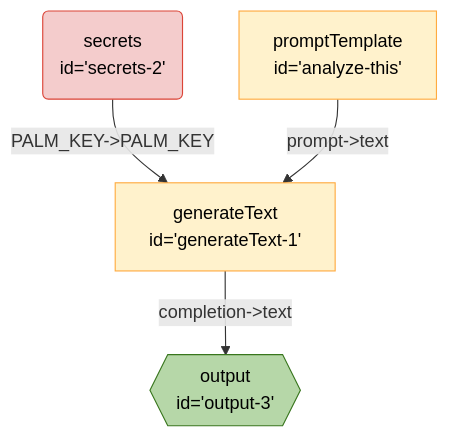
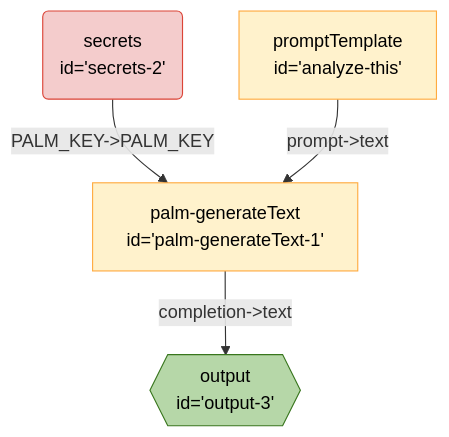
One commit to breadboard-ai/breadboard changed the diagram in seeds/graph-playground/docs/graphs/auto-simple-prompt.md. Above: the diagram before and after it, drawn with Mermaid. The commit also changed 55 other files, not shown here.

````diff
--- a/seeds/graph-playground/docs/graphs/auto-simple-prompt.md
+++ b/seeds/graph-playground/docs/graphs/auto-simple-prompt.md
@@ -5,15 +5,15 @@
   ```mermaid
   %%{init: 'themeVariables': { 'fontFamily': 'Fira Code, monospace' }}%%
 graph TD;
-secrets2("secrets <br> id='secrets-2'"):::secrets -- "PALM_KEY->PALM_KEY" --> generateText1["generateText <br> id='generateText-1'"]
-generateText1["generateText <br> id='generateText-1'"] -- "completion->text" --> output3{{"output <br> id='output-3'"}}:::output
-analyzethis["promptTemplate <br> id='analyze-this'"] -- "prompt->text" --> generateText1["generateText <br> id='generateText-1'"]
+secrets2("secrets <br> id='secrets-2'"):::secrets -- "PALM_KEY->PALM_KEY" --> palmgenerateText1["palm-generateText <br> id='palm-generateText-1'"]
+palmgenerateText1["palm-generateText <br> id='palm-generateText-1'"] -- "completion->text" --> output3{{"output <br> id='output-3'"}}:::output
+analyzethis["promptTemplate <br> id='analyze-this'"] -- "prompt->text" --> palmgenerateText1["palm-generateText <br> id='palm-generateText-1'"]
 classDef default stroke:#ffab40,fill:#fff2ccff,color:#000
 classDef input stroke:#3c78d8,fill:#c9daf8ff,color:#000
 classDef output stroke:#38761d,fill:#b6d7a8ff,color:#000
 classDef passthrough stroke:#a64d79,fill:#ead1dcff,color:#000
 classDef slot stroke:#a64d79,fill:#ead1dcff,color:#000
 classDef config stroke:#a64d79,fill:#ead1dcff,color:#000
 classDef secrets stroke:#db4437,fill:#f4cccc,color:#000
 classDef slotted stroke:#a64d79
   ```
````
